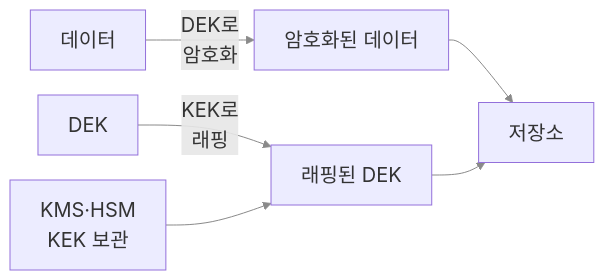
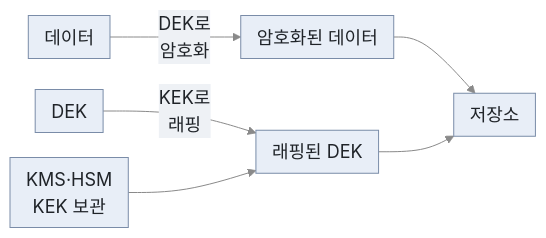
One commit to secututor/security-knowledge-base changed the second of 4 diagrams in security-fundamentals/cryptography/key-management.md. Above: the diagram before and after it, drawn with Mermaid. The commit also changed other lines of this file and 12 other files, not shown here.

Commit message:
docs: Mermaid 그림 28개에 공통 테마 적용 (밝은 노드, 박스 축소, 라벨 화살표 간격 확대)

````diff
--- a/security-fundamentals/cryptography/key-management.md
+++ b/security-fundamentals/cryptography/key-management.md
@@ -80,9 +80,9 @@
 ```mermaid
-%%{init: {"themeVariables": {"fontSize": "20px", "lineColor": "#8a8a8a", "signalColor": "#8a8a8a", "signalTextColor": "#8a8a8a", "actorLineColor": "#8a8a8a"}, "flowchart": {"nodeSpacing": 25, "rankSpacing": 30}}}%%
+%%{init: {"theme": "base", "themeVariables": {"fontSize": "18px", "primaryColor": "#e8eef7", "primaryTextColor": "#1f2328", "primaryBorderColor": "#7a8ca8", "secondaryColor": "#eef1f5", "tertiaryColor": "#f5f7fa", "lineColor": "#8a8a8a", "edgeLabelBackground": "#eef1f5", "clusterBkg": "#f5f7fa", "clusterBorder": "#7a8ca8", "actorBkg": "#e8eef7", "actorBorder": "#7a8ca8", "actorTextColor": "#1f2328", "actorLineColor": "#8a8a8a", "signalColor": "#8a8a8a", "signalTextColor": "#8a8a8a", "noteBkgColor": "#fff8dc", "noteTextColor": "#1f2328", "noteBorderColor": "#c9b458"}, "flowchart": {"nodeSpacing": 25, "rankSpacing": 60, "padding": 8}, "sequence": {"width": 110, "height": 40, "boxMargin": 6, "noteMargin": 6, "actorMargin": 40}}}%%
 flowchart LR
     D["데이터"] -->|"DEK로<br>암호화"| ED["암호화된 데이터"]
     DEK["DEK"] -->|"KEK로<br>래핑"| WD["래핑된 DEK"]
     KMS["KMS·HSM<br>KEK 보관"] --> WD
     ED --> ST["저장소"]
     WD --> ST
 ```
````
